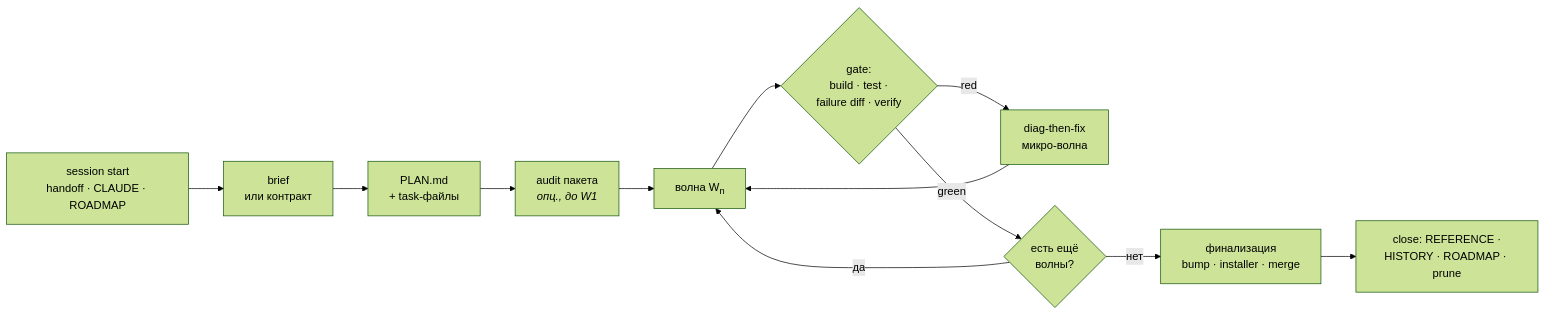
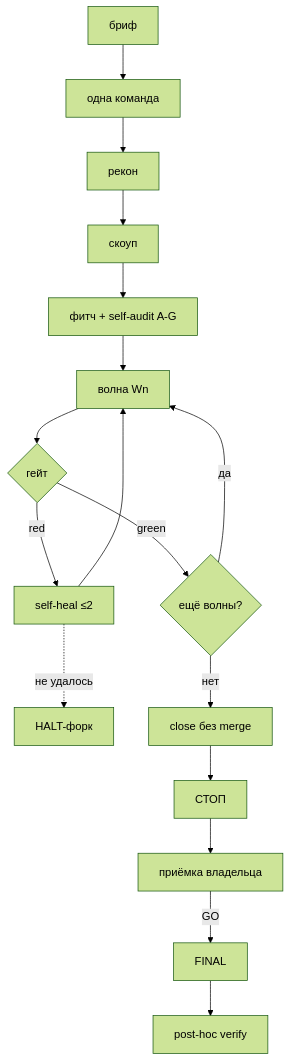
One commit to Mdyuzhev/claude-workflow-template changed the second of 2 diagrams in README.md. Above: the diagram before and after it, drawn with Mermaid (forest theme). The commit also changed other lines of this file and 66 other files, not shown here.

````diff
--- a/README.md
+++ b/README.md
@@ -133,14 +70,19 @@
 ```mermaid
-flowchart LR
-    A["session start<br/>handoff · CLAUDE · ROADMAP"] --> B["brief<br/>или контракт"]
-    B --> C["PLAN.md<br/>+ task-файлы"]
-    C --> D["audit пакета<br/><i>опц., до W1</i>"]
-    D --> E["волна W<sub>n</sub>"]
-    E --> F{"gate:<br/>build · test ·<br/>failure diff · verify"}
-    F -- "red" --> G["diag-then-fix<br/>микро-волна"]
-    G --> E
-    F -- "green" --> H{"есть ещё<br/>волны?"}
-    H -- "да" --> E
-    H -- "нет" --> I["финализация<br/>bump · installer · merge"]
-    I --> J["close: REFERENCE ·<br/>HISTORY · ROADMAP · prune"]
+flowchart TD
+    B["бриф"] --> CMD["одна команда"]
+    CMD --> R["рекон"]
+    R --> SC["скоуп"]
+    SC --> F["фитч + self-audit A-G"]
+    F --> W["волна Wn"]
+    W --> G{"гейт"}
+    G -- green --> M{"ещё волны?"}
+    M -- да --> W
+    G -- red --> SH["self-heal ≤2"]
+    SH --> W
+    SH -. не удалось .-> HALT["HALT-форк"]
+    M -- нет --> CL["close без merge"]
+    CL --> STOP["СТОП"]
+    STOP --> ACC["приёмка владельца"]
+    ACC -- GO --> FIN["FINAL"]
+    FIN --> PV["post-hoc verify"]
 ```
````
